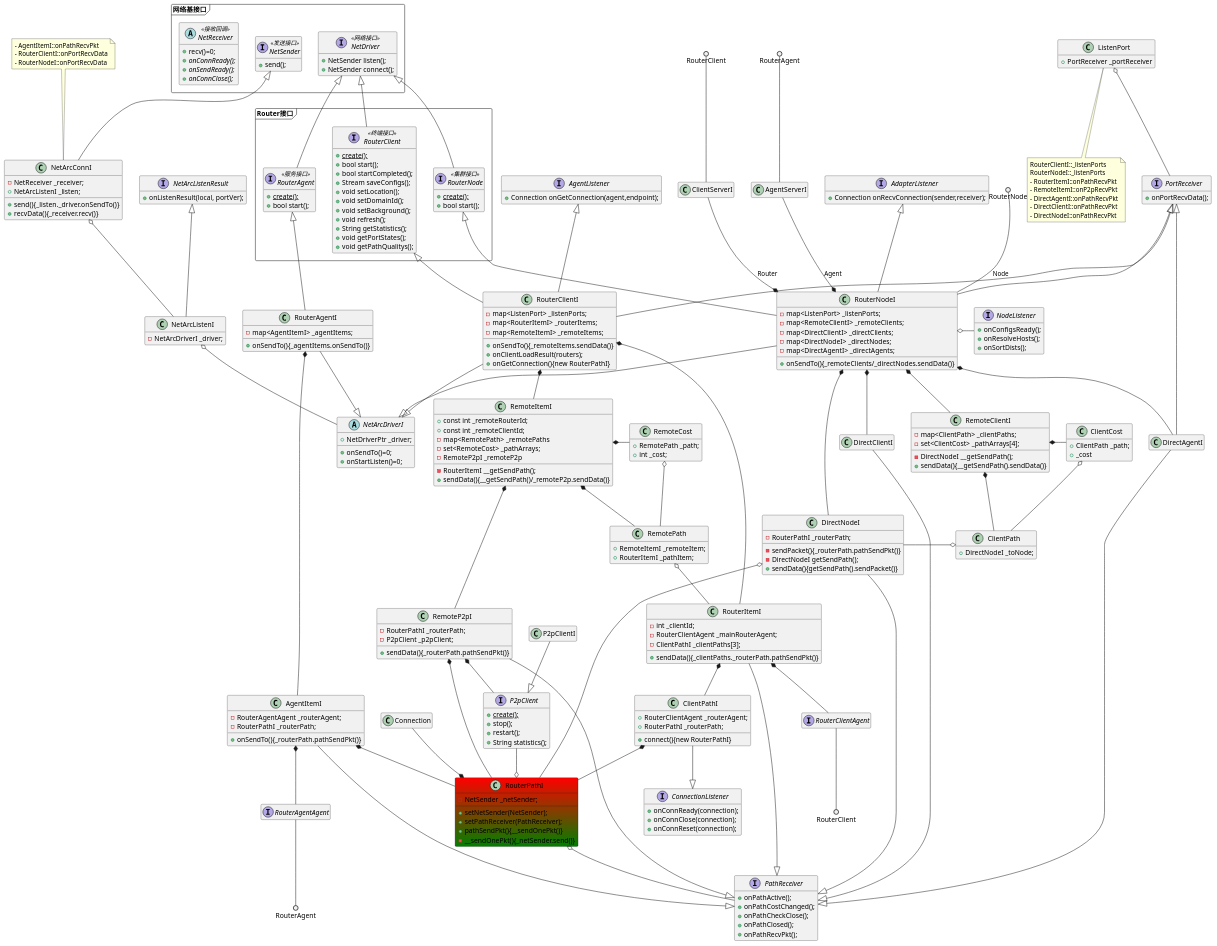
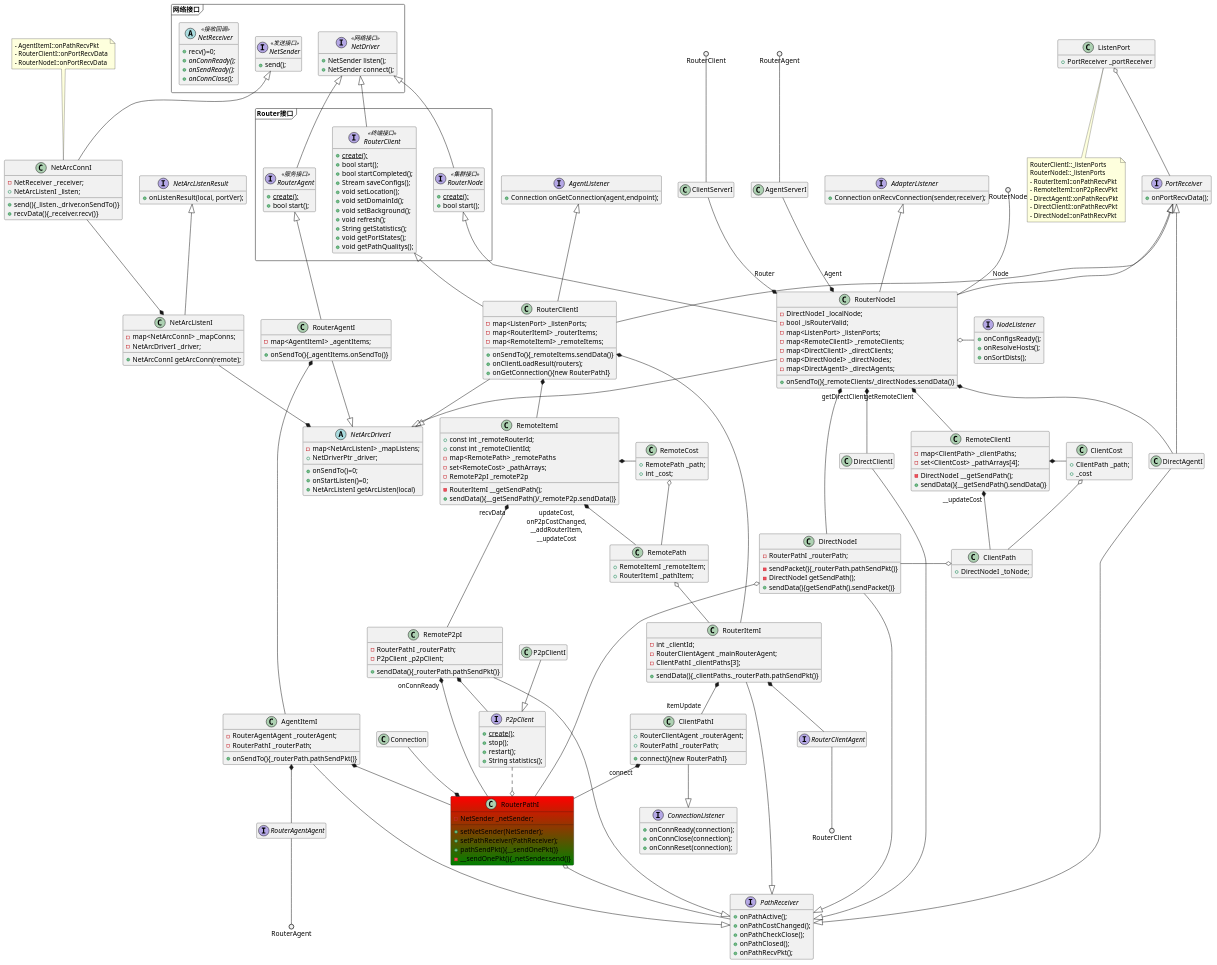
The first of 6 diagrams in router.pu (gzyrik/uml), drawn with PlantUML before and after one commit. The commit also changed 2 other files, not shown here.

```diff
--- a/router.pu
+++ b/router.pu
@@ -3,7 +3,7 @@
 hide empty fields
 hide empty methods
 '-------------------------------------------------------------------------------
-package 网络基接口 <<Frame>> {
+package 网络接口 <<Frame>> {
 
 interface NetDriver << 网络接口 >> {
     + NetSender listen();
@@ -55,7 +55,7 @@
 }
 '-------------------------------------------------------------------------------
 NetArcConnI -up-|> NetSender
-NetArcConnI o-- NetArcListenI
+NetArcConnI --* NetArcListenI
 class NetArcConnI {
     - NetReceiver _receiver;
     + NetArcListenI _listen;
@@ -72,7 +72,7 @@
 'RouterPathI --|> NetReceiver
 'RouterPathI --|> NetSender
 RouterPathI o-- PathReceiver
-RouterPathI o-up- P2pClient
+RouterPathI o.up. P2pClient
 RouterPathI *-up- Connection
 class RouterPathI #red-green{
     - NetSender _netSender;
@@ -84,7 +84,7 @@
 '-------------------------------------------------------------------------------
 RouterItemI -right-|> PathReceiver
 'RouterItemI --|> TimerListener
-RouterItemI *-- ClientPathI
+RouterItemI *-- "itemUpdate" ClientPathI
 RouterItemI *-- RouterClientAgent
 class RouterItemI{
     - int _clientId;
@@ -104,8 +104,8 @@
     + int _cost;
 }
 RemoteItemI *-right- RemoteCost
-RemoteItemI *-- RemotePath
-RemoteItemI *-- RemoteP2pI
+RemoteItemI "updateCost,\nonP2pCostChanged,\n__addRouterItem,\n__updateCost" *-- RemotePath
+RemoteItemI "recvData" *-- RemoteP2pI 
 class RemoteItemI {
     + const int _remoteRouterId;
     + const int _remoteClientId;
@@ -116,7 +116,7 @@
     + sendData(){__getSendPath()/_remoteP2p.sendData()}
 }
 
-ClientPathI *-- RouterPathI
+ClientPathI "connect" *-- RouterPathI
 ClientPathI --|> ConnectionListener
 class ClientPathI {
     + RouterClientAgent _routerAgent; 
@@ -158,6 +158,7 @@
 }
 '-------------------------------------------------------------------------------
 DirectNodeI --|> PathReceiver
+'DirectNodeI --|> ConnectionListener
 DirectNodeI o-- RouterPathI
 class DirectNodeI {
     - RouterPathI _routerPath;
@@ -174,7 +175,7 @@
     + ClientPath _path;
     + _cost
 }
-RemoteClientI *-down- ClientPath
+RemoteClientI "__updateCost" *-down- ClientPath
 RemoteClientI *-left- ClientCost
 class RemoteClientI {
     - map<ClientPath> _clientPaths;
@@ -191,13 +192,15 @@
 RouterNodeI -up-|> PortReceiver
 RouterNodeI -up-|> AdapterListener
 RouterNodeI -up-|> RouterNode
-RouterNodeI *-- RemoteClientI
-RouterNodeI *-- DirectClientI
+RouterNodeI "getRemoteClient" *-- RemoteClientI
+RouterNodeI "getDirectClient" *-- DirectClientI
 RouterNodeI *-- DirectNodeI
 RouterNodeI *-- DirectAgentI
 'RouterNodeI *-- ListenPort
 RouterNodeI o-right- NodeListener
 class RouterNodeI {
+    - DirectNodeI _localNode;
+    - bool _isRouterValid;
     - map<ListenPort> _listenPorts;
     - map<RemoteClientI> _remoteClients;
     - map<DirectClientI> _directClients;
@@ -238,15 +241,19 @@
 }
 
 abstract class NetArcDriverI {
+    - map<NetArcListenI> _mapListens;
     + NetDriverPtr _driver;
     + onSendTo()=0;
     + onStartListen()=0;
+    + NetArcListenI getArcListen(local)
 }
 
 NetArcListenI -up-|>NetArcListenResult
-NetArcListenI o-- NetArcDriverI
+NetArcListenI --* NetArcDriverI
 class NetArcListenI {
+    - map<NetArcConnI> _mapConns;
     - NetArcDriverI _driver;
+    + NetArcConnI getArcConn(remote);
 }
 
 class Connection
@@ -268,7 +275,7 @@
 }
 
 RemoteP2pI --|> PathReceiver
-RemoteP2pI *-- RouterPathI
+RemoteP2pI "onConnReady" *-- RouterPathI
 RemoteP2pI *-- P2pClient
 class RemoteP2pI {
     - RouterPathI _routerPath;
```
